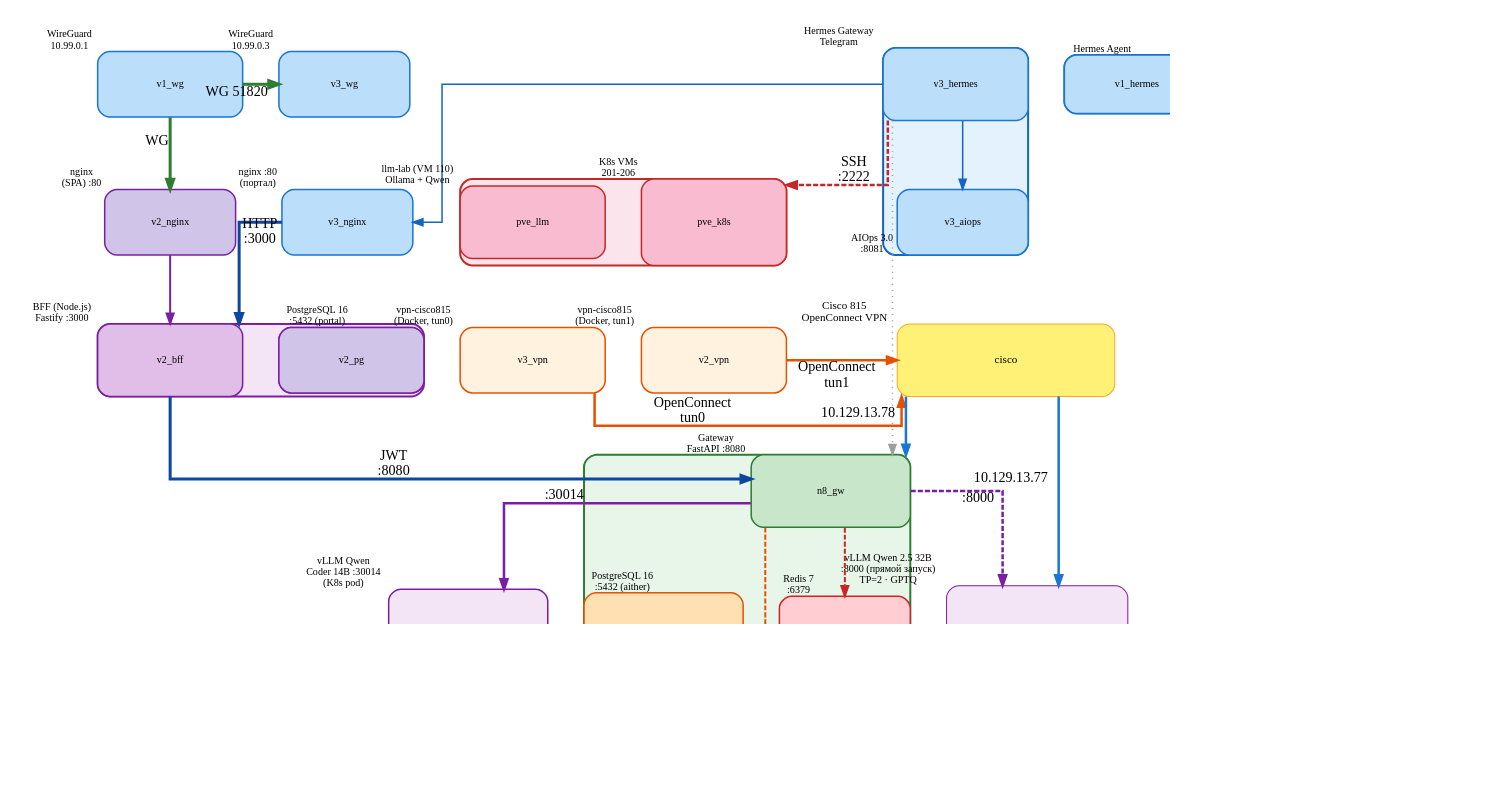
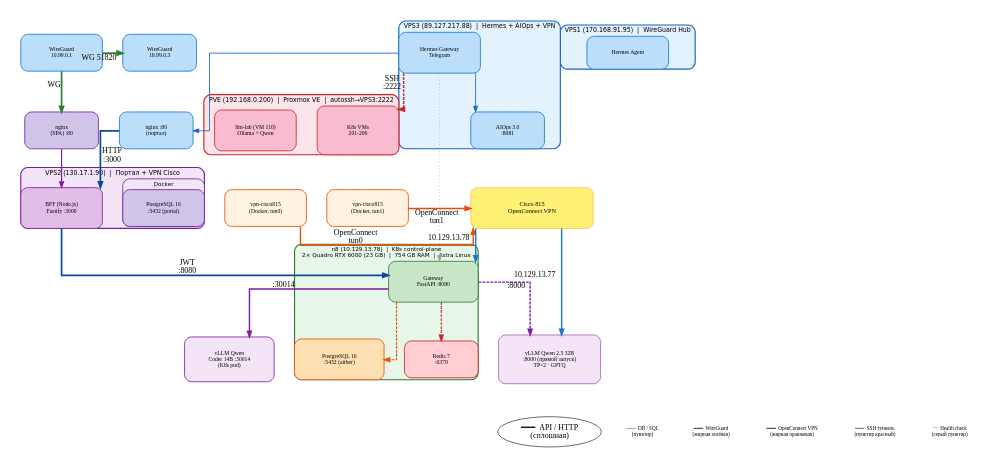
Before and after one commit to dedvmedved-dot/aither-project: the diagram in docs/diagrams/physical-architecture-v3.dot, drawn with Graphviz. The commit also changed 3 other files, not shown here.

Commit message:
docs: fix diagram labels — label inside nodes, xlabel only on edges

```diff
--- a/docs/diagrams/physical-architecture-v3.dot
+++ b/docs/diagrams/physical-architecture-v3.dot
@@ -9,14 +9,13 @@
     bgcolor="white"
     pad=0.3
     margin=0.3
-    dpi=96
-    
+    dpi=72
 
     // ══════════════════════════════════════════════════════════
     // VPS LAYER — Blue
     // ══════════════════════════════════════════════════════════
     subgraph cluster_vps1 {
-        xlabel="VPS1 (170.168.91.95)  |  WireGuard Hub"
+        label="VPS1 (170.168.91.95)  |  WireGuard Hub"
         style="filled,rounded"
         fillcolor="#e3f2fd"
         color="#1565c0"
@@ -24,12 +23,12 @@
         fontsize=11
         penwidth=2
         node [shape=box, style="filled,rounded", fillcolor="#bbdefb", color="#1976d2", fontcolor="#000000", fontsize=10, penwidth=1.5]
-        v1_wg [xlabel="WireGuard\n10.99.0.1", width=2.0, height=0.9]
-        v1_hermes [xlabel="Hermes Agent", width=2.0, height=0.8]
+        v1_wg [label="WireGuard\n10.99.0.1", width=2.0, height=0.9]
+        v1_hermes [label="Hermes Agent", width=2.0, height=0.8]
     }
 
     subgraph cluster_vps3 {
-        xlabel="VPS3 (89.127.217.88)  |  Hermes + AIOps + VPN"
+        label="VPS3 (89.127.217.88)  |  Hermes + AIOps + VPN"
         style="filled,rounded"
         fillcolor="#e3f2fd"
         color="#1565c0"
@@ -37,18 +36,18 @@
         fontsize=11
         penwidth=2
         node [shape=box, style="filled,rounded", fillcolor="#bbdefb", color="#1976d2", fontcolor="#000000", fontsize=10, penwidth=1.5]
-        v3_hermes [xlabel="Hermes Gateway\nTelegram", width=2.0, height=1.0]
-        v3_aiops [xlabel="AIOps 3.0\n:8081", width=1.8, height=0.9]
-        v3_nginx [xlabel="nginx :80\n(портал)", width=1.8, height=0.9]
-        v3_vpn [xlabel="vpn-cisco815\n(Docker, tun0)", fillcolor="#fff3e0", color="#e65100", width=2.0, height=0.9]
-        v3_wg [xlabel="WireGuard\n10.99.0.3", width=1.8, height=0.9]
+        v3_hermes [label="Hermes Gateway\nTelegram", width=2.0, height=1.0]
+        v3_aiops [label="AIOps 3.0\n:8081", width=1.8, height=0.9]
+        v3_nginx [label="nginx :80\n(портал)", width=1.8, height=0.9]
+        v3_vpn [label="vpn-cisco815\n(Docker, tun0)", fillcolor="#fff3e0", color="#e65100", width=2.0, height=0.9]
+        v3_wg [label="WireGuard\n10.99.0.3", width=1.8, height=0.9]
     }
 
     // ══════════════════════════════════════════════════════════
     // PVE (Proxmox)
     // ══════════════════════════════════════════════════════════
     subgraph cluster_pve {
-        xlabel="PVE (192.168.0.200)  |  Proxmox VE  |  autossh→VPS3:2222"
+        label="PVE (192.168.0.200)  |  Proxmox VE  |  autossh→VPS3:2222"
         style="filled,rounded"
         fillcolor="#fce4ec"
         color="#c62828"
@@ -56,15 +55,15 @@
         fontsize=11
         penwidth=2
         node [shape=box, style="filled,rounded", fillcolor="#f8bbd0", color="#c62828", fontcolor="#000000", fontsize=10, penwidth=1.5]
-        pve_k8s [xlabel="K8s VMs\n201-206", width=2.0, height=1.2]
-        pve_llm [xlabel="llm-lab (VM 110)\nOllama + Qwen", width=2.0, height=1.0]
+        pve_k8s [label="K8s VMs\n201-206", width=2.0, height=1.2]
+        pve_llm [label="llm-lab (VM 110)\nOllama + Qwen", width=2.0, height=1.0]
     }
 
     // ══════════════════════════════════════════════════════════
     // VPS2 — Purple
     // ══════════════════════════════════════════════════════════
     subgraph cluster_vps2 {
-        xlabel="VPS2 (130.17.1.90)  |  Портал + VPN Cisco"
+        label="VPS2 (130.17.1.90)  |  Портал + VPN Cisco"
         style="filled,rounded"
         fillcolor="#f3e5f5"
         color="#7b1fa2"
@@ -74,7 +73,7 @@
         node [shape=box, style="filled,rounded", fillcolor="#e1bee7", color="#7b1fa2", fontcolor="#000000", fontsize=10, penwidth=1.5]
 
         subgraph cluster_vps2_docker {
-            xlabel="Docker"
+            label="Docker"
             style="filled,rounded"
             fillcolor="#ede7f6"
             color="#7b1fa2"
@@ -82,34 +81,34 @@
             fontsize=10
             penwidth=1.5
             node [shape=box, style="filled,rounded", fillcolor="#d1c4e9", color="#7b1fa2", fontcolor="#000000", fontsize=10, penwidth=1.5]
-            v2_nginx [xlabel="nginx\n(SPA) :80", width=1.8, height=0.9]
-            v2_pg [xlabel="PostgreSQL 16\n:5432 (portal)", width=2.0, height=0.9]
+            v2_nginx [label="nginx\n(SPA) :80", width=1.8, height=0.9]
+            v2_pg [label="PostgreSQL 16\n:5432 (portal)", width=2.0, height=0.9]
         }
 
         node [shape=box, style="filled,rounded", fillcolor="#e1bee7", color="#7b1fa2", fontcolor="#000000", fontsize=10, penwidth=1.5]
-        v2_bff [xlabel="BFF (Node.js)\nFastify :3000", width=2.0, height=1.0]
-        v2_vpn [xlabel="vpn-cisco815\n(Docker, tun1)", fillcolor="#fff3e0", color="#e65100", width=2.0, height=0.9]
+        v2_bff [label="BFF (Node.js)\nFastify :3000", width=2.0, height=1.0]
+        v2_vpn [label="vpn-cisco815\n(Docker, tun1)", fillcolor="#fff3e0", color="#e65100", width=2.0, height=0.9]
     }
 
     // ══════════════════════════════════════════════════════════
     // NETWORK — Yellow
     // ══════════════════════════════════════════════════════════
     subgraph cluster_cisco {
-        xlabel="Cisco815 (95.137.2.98)  |  VPN-сервер  |  10.129.0.0/16"
+        label="Cisco815 (95.137.2.98)  |  VPN-сервер  |  10.129.0.0/16"
         style="filled,rounded"
         fillcolor="#fff9c4"
         color="#f9a825"
         fontcolor="#000000"
         fontsize=11
         penwidth=2
-        cisco [shape=box, style="filled,rounded", fillcolor="#fff176", color="#f9a825", fontcolor="#000000", xlabel="Cisco 815\nOpenConnect VPN", width=3.0, height=1.0, fontsize=11]
+        cisco [shape=box, style="filled,rounded", fillcolor="#fff176", color="#f9a825", fontcolor="#000000", label="Cisco 815\nOpenConnect VPN", width=3.0, height=1.0, fontsize=11]
     }
 
     // ══════════════════════════════════════════════════════════
     // n8 — Green — control-plane
     // ══════════════════════════════════════════════════════════
     subgraph cluster_n8 {
-        xlabel="n8 (10.129.13.78)  |  K8s control-plane  |  bootsman-k8s-clnt01-n8-gpu\n2× Quadro RTX 6000 (23 GB)  |  754 GB RAM  |  Astra Linux"
+        label="n8 (10.129.13.78)  |  K8s control-plane\n2× Quadro RTX 6000 (23 GB)  |  754 GB RAM  |  Astra Linux"
         style="filled,rounded"
         fillcolor="#e8f5e9"
         color="#2e7d32"
@@ -117,17 +116,17 @@
         fontsize=10
         penwidth=2
         node [shape=box, style="filled,rounded", fontcolor="#000000", fontsize=10, penwidth=1.5]
-        n8_gw [xlabel="Gateway\nFastAPI :8080", fillcolor="#c8e6c9", color="#2e7d32", width=2.2, height=1.0]
-        n8_pg [xlabel="PostgreSQL 16\n:5432 (aither)", fillcolor="#ffe0b2", color="#e65100", width=2.2, height=1.0]
-        n8_redis [xlabel="Redis 7\n:6379", fillcolor="#ffcdd2", color="#c62828", width=1.8, height=0.9]
-        n8_v14 [xlabel="vLLM Qwen\nCoder 14B :30014\n(K8s pod)", fillcolor="#f3e5f5", color="#7b1fa2", width=2.2, height=1.1]
+        n8_gw [label="Gateway\nFastAPI :8080", fillcolor="#c8e6c9", color="#2e7d32", width=2.2, height=1.0]
+        n8_pg [label="PostgreSQL 16\n:5432 (aither)", fillcolor="#ffe0b2", color="#e65100", width=2.2, height=1.0]
+        n8_redis [label="Redis 7\n:6379", fillcolor="#ffcdd2", color="#c62828", width=1.8, height=0.9]
+        n8_v14 [label="vLLM Qwen\nCoder 14B :30014\n(K8s pod)", fillcolor="#f3e5f5", color="#7b1fa2", width=2.2, height=1.1]
     }
 
     // ══════════════════════════════════════════════════════════
     // n7 — Green — worker
     // ══════════════════════════════════════════════════════════
     subgraph cluster_n7 {
-        xlabel="n7 (10.129.13.77)  |  K8s worker  |  bootsmam-k8s-clnt01-n7-gpu\n2× Quadro RTX 6000 (23 GB)  |  754 GB RAM  |  Astra Linux"
+        label="n7 (10.129.13.77)  |  K8s worker\n2× Quadro RTX 6000 (23 GB)  |  754 GB RAM  |  Astra Linux"
         style="filled,rounded"
         fillcolor="#e8f5e9"
         color="#2e7d32"
@@ -135,7 +134,7 @@
         fontsize=10
         penwidth=2
         n7_v32 [shape=box, style="filled,rounded", fillcolor="#f3e5f5", color="#7b1fa2", fontcolor="#000000",
-                xlabel="vLLM Qwen 2.5 32B\n:8000 (прямой запуск)\nTP=2 · GPTQ", width=2.5, height=1.2, fontsize=10]
+                label="vLLM Qwen 2.5 32B\n:8000 (прямой запуск)\nTP=2 · GPTQ", width=2.5, height=1.2, fontsize=10]
     }
 
     // ══════════════════════════════════════════════════════════
@@ -195,7 +194,7 @@
     n7_v32 -> le1 [style=invis, weight=0]
 
     subgraph cluster_legend {
-        xlabel="Условные обозначения"
+        label="Условные обозначения"
         style="filled,rounded"
         fillcolor="#fafafa"
         color="#bdbdbd"
@@ -203,12 +202,12 @@
         fontsize=11
         peripheries=1
         node [shape=plaintext, fillcolor="#fafafa", color="#fafafa", fontsize=9, fontcolor="#000000", margin="0.05,0.02"]
-        le1 [xlabel="━━━  API / HTTP\n(сплошная)"]
-        le2 [xlabel="╌╌╌  DB / SQL\n(пунктир)"]
-        le3 [xlabel="━━━  WireGuard\n(жирная зелёная)"]
-        le4 [xlabel="━━━  OpenConnect VPN\n(жирная оранжевая)"]
-        le5 [xlabel="┅┅┅  SSH туннель\n(пунктир красный)"]
-        le6 [xlabel="···  Health check\n(серый пунктир)"]
+        le1 [label="━━━  API / HTTP\n(сплошная)"]
+        le2 [label="╌╌╌  DB / SQL\n(пунктир)"]
+        le3 [label="━━━  WireGuard\n(жирная зелёная)"]
+        le4 [label="━━━  OpenConnect VPN\n(жирная оранжевая)"]
+        le5 [label="┅┅┅  SSH туннель\n(пунктир красный)"]
+        le6 [label="···  Health check\n(серый пунктир)"]
         le1 -> le2 -> le3 -> le4 -> le5 -> le6 [style=invis]
     }
     { rank=same; le1; le2; le3; le4; le5; le6 }
```
